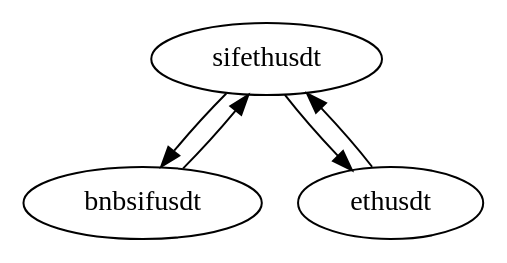
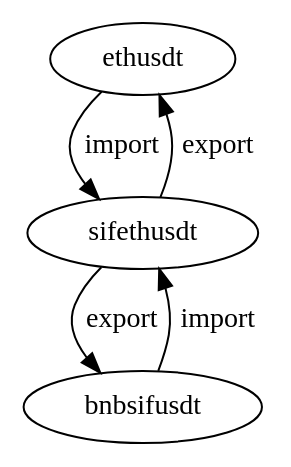
Before and after one commit to dolphintwo/sifnode: the diagram in docs/peggy/tokenPaths.dot, drawn with Graphviz. The commit also changed 2 other files, not shown here.

```diff
--- a/docs/peggy/tokenPaths.dot
+++ b/docs/peggy/tokenPaths.dot
@@ -1,6 +1,6 @@
 digraph G {
-    sifethusdt -> bnbsifusdt
-    ethusdt -> sifethusdt
-    sifethusdt -> ethusdt
-    bnbsifusdt -> sifethusdt
+    ethusdt -> sifethusdt [label="import"]
+    sifethusdt -> bnbsifusdt [label="export"]
+    sifethusdt -> ethusdt [label="export"]
+    bnbsifusdt -> sifethusdt [label="import"]
 }
```
